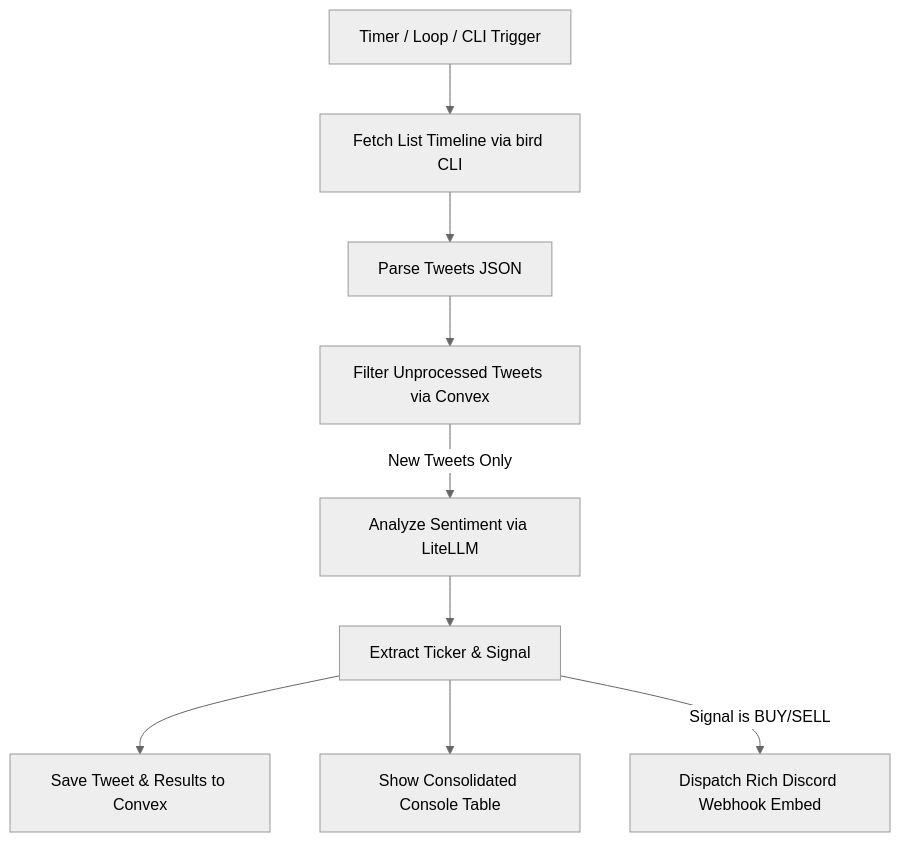
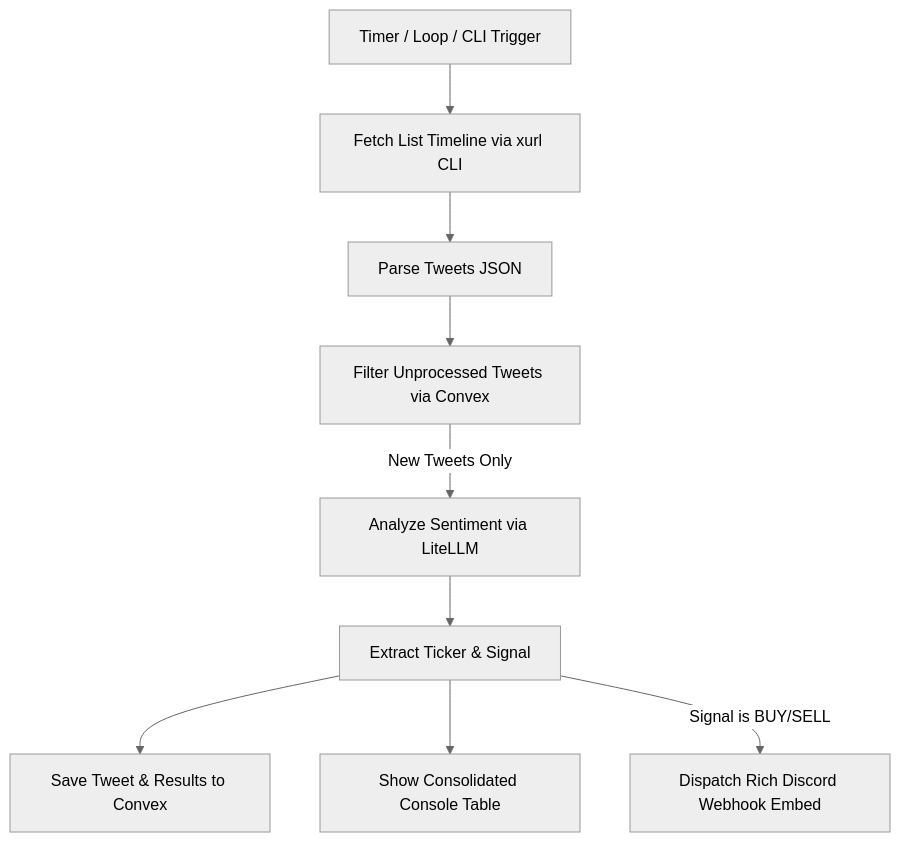
One commit to dcimring/tweet-alpha changed the diagram in architecture.md. Above: the diagram before and after it, drawn with Mermaid (neutral theme). The commit also changed other lines of this file and 3 other files, not shown here.

Commit message:
feat: switch list tweet scraping from bird CLI to xurl CLI

````diff
--- a/architecture.md
+++ b/architecture.md
@@ -11,11 +11,11 @@
 ```mermaid
 graph TD
-    A[Timer / Loop / CLI Trigger] --> B[Fetch List Timeline via bird CLI]
+    A[Timer / Loop / CLI Trigger] --> B[Fetch List Timeline via xurl CLI]
     B --> C[Parse Tweets JSON]
     C --> D[Filter Unprocessed Tweets via Convex]
     D -->|New Tweets Only| E[Analyze Sentiment via LiteLLM]
     E --> F[Extract Ticker & Signal]
     F --> G[Save Tweet & Results to Convex]
     F --> H[Show Consolidated Console Table]
     F -->|Signal is BUY/SELL| I[Dispatch Rich Discord Webhook Embed]
 ```
````
